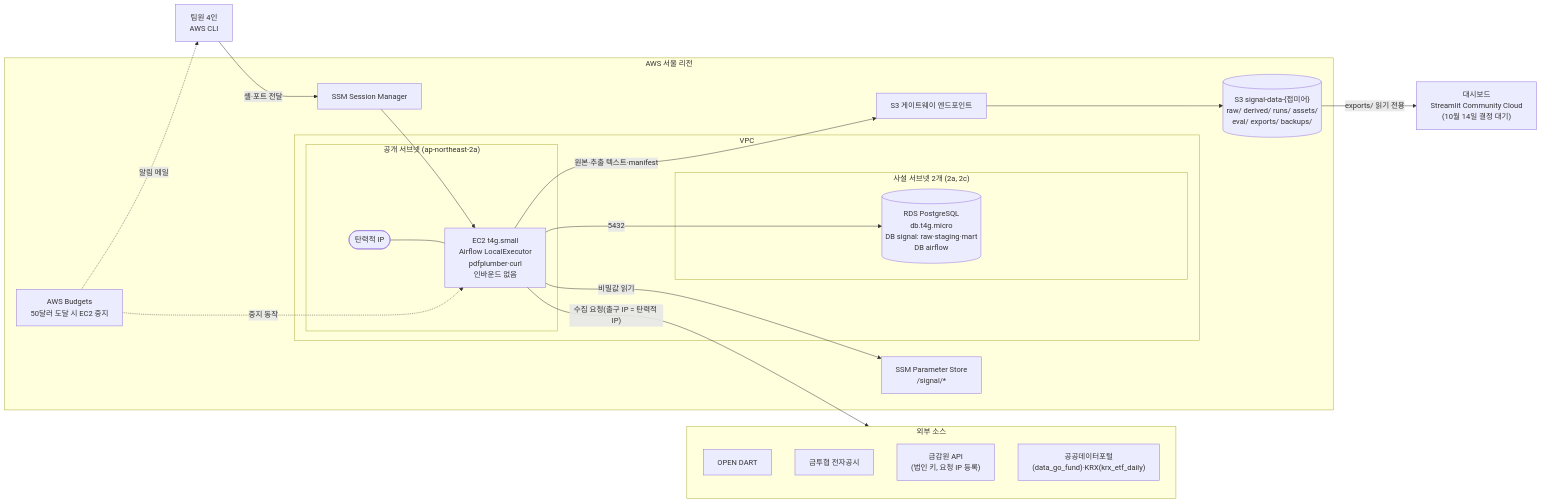
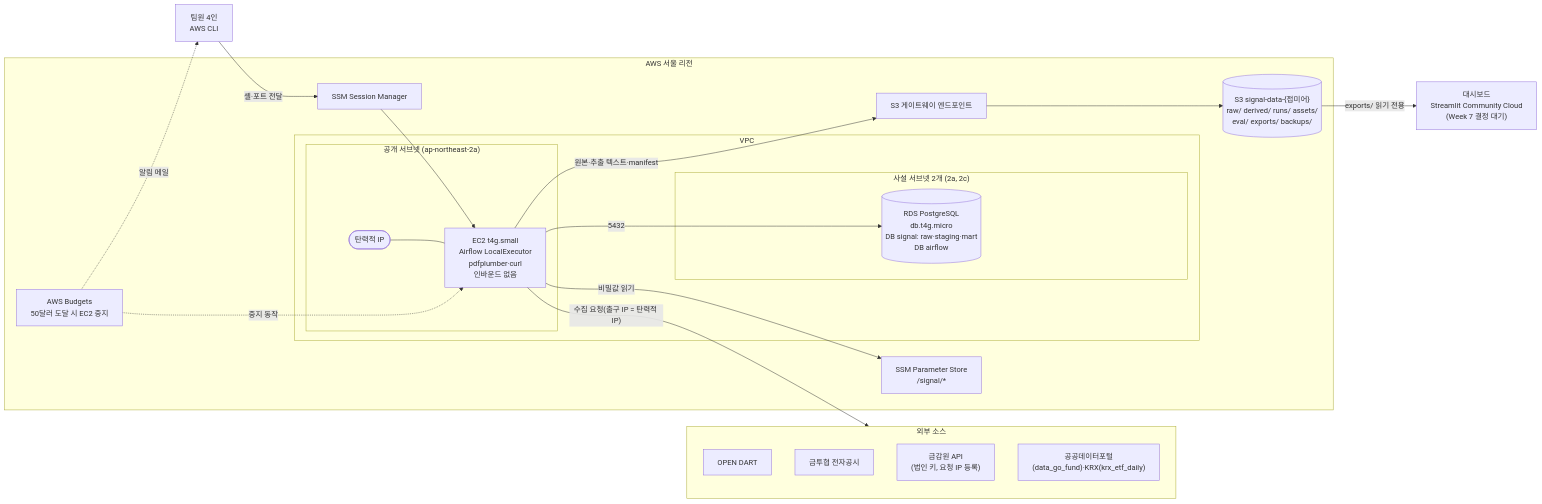
One commit to BOAZ-Signal-Team-26/signal-infra changed the diagram in docs/storage-design.md. Above: the diagram before and after it, drawn with Mermaid. The commit also changed other lines of this file, not shown here.

Commit message:
#27 docs: 일정 변경 반영(Week 6 Terraform plan, Week 7 apply), 대시보드 결정 Week 7로 이동

````diff
--- a/docs/storage-design.md
+++ b/docs/storage-design.md
@@ -597,40 +597,40 @@
 ```mermaid
 flowchart LR
     subgraph EXT["외부 소스"]
         DART["OPEN DART"]
         KOFIA["금투협 전자공시"]
         FSS["금감원 API<br/>(법인 키, 요청 IP 등록)"]
         PORTAL["공공데이터포털(data_go_fund)·KRX(krx_etf_daily)"]
     end
 
     subgraph AWS["AWS 서울 리전"]
         subgraph VPC["VPC"]
             subgraph PUB["공개 서브넷 (ap-northeast-2a)"]
                 EC2["EC2 t4g.small<br/>Airflow LocalExecutor<br/>pdfplumber·curl<br/>인바운드 없음"]
                 EIP(["탄력적 IP"])
             end
             subgraph PRIV["사설 서브넷 2개 (2a, 2c)"]
                 RDS[("RDS PostgreSQL<br/>db.t4g.micro<br/>DB signal: raw·staging·mart<br/>DB airflow")]
             end
         end
         VPCE["S3 게이트웨이 엔드포인트"]
         S3[("S3 signal-data-{접미어}<br/>raw/ derived/ runs/ assets/<br/>eval/ exports/ backups/")]
         SSM["SSM Parameter Store<br/>/signal/*"]
         SM["SSM Session Manager"]
         BUD["AWS Budgets<br/>50달러 도달 시 EC2 중지"]
     end
 
-    DASH["대시보드<br/>Streamlit Community Cloud<br/>(10월 14일 결정 대기)"]
+    DASH["대시보드<br/>Streamlit Community Cloud<br/>(Week 7 결정 대기)"]
     TEAM["팀원 4인<br/>AWS CLI"]
 
     EIP --- EC2
     EC2 -- "수집 요청(출구 IP = 탄력적 IP)" --> EXT
     EC2 -- "원본·추출 텍스트·manifest" --> VPCE --> S3
     EC2 -- "5432" --> RDS
     EC2 -- "비밀값 읽기" --> SSM
     TEAM -- "셸·포트 전달" --> SM
     SM --> EC2
     S3 -- "exports/ 읽기 전용" --> DASH
     BUD -. "알림 메일" .-> TEAM
     BUD -. "중지 동작" .-> EC2
 ```
````
